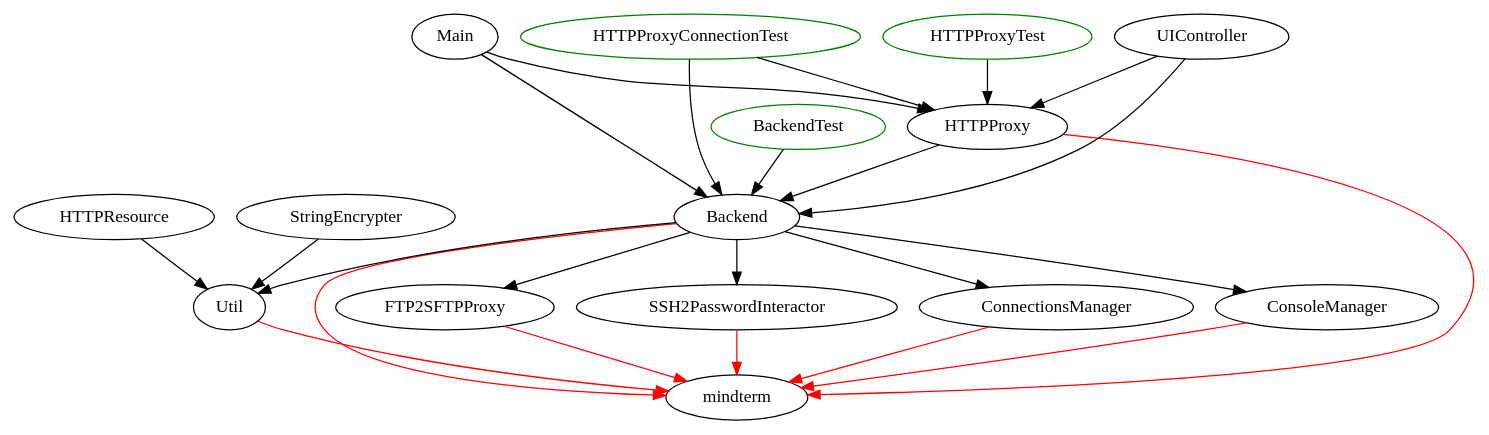
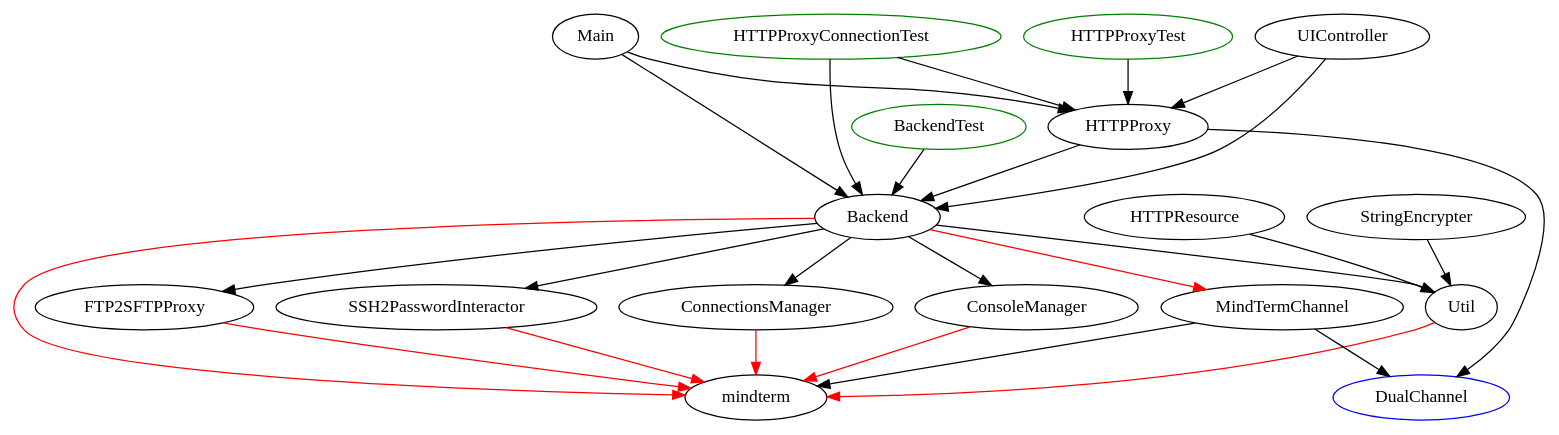
The diagram in doc/mindterm.dot (nauphone/ServerAccess), drawn with Graphviz before and after one commit. The commit also changed 2 other files, not shown here.

```diff
--- a/doc/mindterm.dot
+++ b/doc/mindterm.dot
@@ -1,39 +1,47 @@
 digraph g {
 
 // Test classes
 BackendTest [color="green"];
 HTTPProxyConnectionTest [color="green"];
 HTTPProxyTest [color="green"];
 
 // MindTerm dependencies
 ConsoleManager -> mindterm [color="red"];
 Backend -> mindterm [color="red"];
 Util -> mindterm [color="red"];
-HTTPProxy -> mindterm [color="red"];
 FTP2SFTPProxy -> mindterm [color="red"];
 SSH2PasswordInteractor -> mindterm [color="red"];
 ConnectionsManager -> mindterm [color="red"];
+
+// New interfaces & dependencies
+DualChannel [color="blue"];
+MindTermChannel;
+
+MindTermChannel -> DualChannel;
+MindTermChannel -> mindterm;
+Backend -> MindTermChannel [color="red"];
+HTTPProxy -> DualChannel;
 
 // Class cross-dependencies
 
 Backend -> ConsoleManager;
 
 HTTPProxy -> Backend;
 Main -> Backend;
 UIController -> Backend;
 BackendTest -> Backend;
 HTTPProxyConnectionTest -> Backend;
 
 Backend -> Util;
 HTTPResource -> Util;
 StringEncrypter -> Util;
 
 Main -> HTTPProxy;
 UIController -> HTTPProxy;
 HTTPProxyConnectionTest -> HTTPProxy;
 HTTPProxyTest -> HTTPProxy;
 
 Backend -> FTP2SFTPProxy;
 Backend -> SSH2PasswordInteractor;
 Backend -> ConnectionsManager;
 }
```
